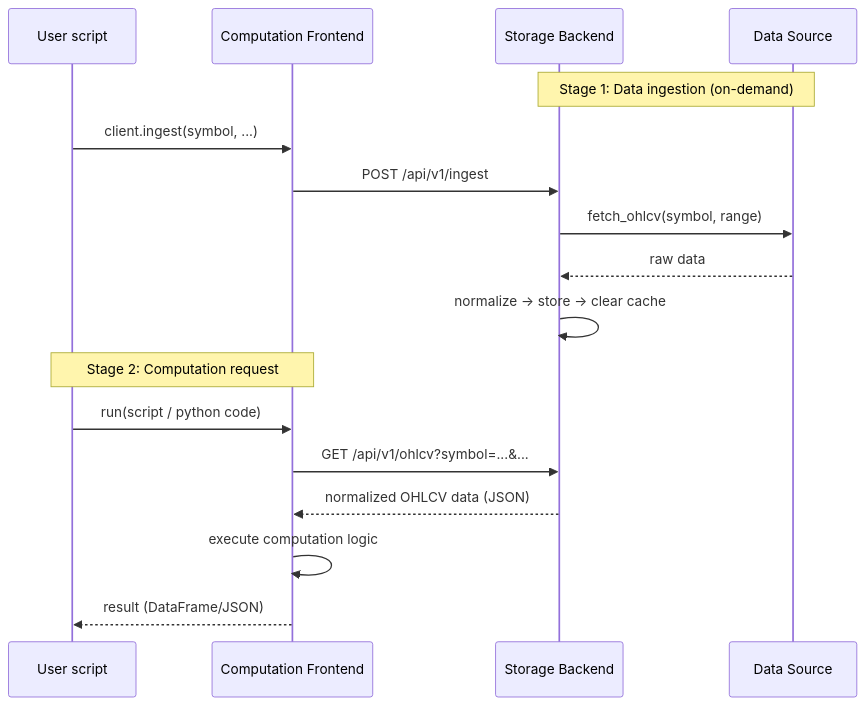
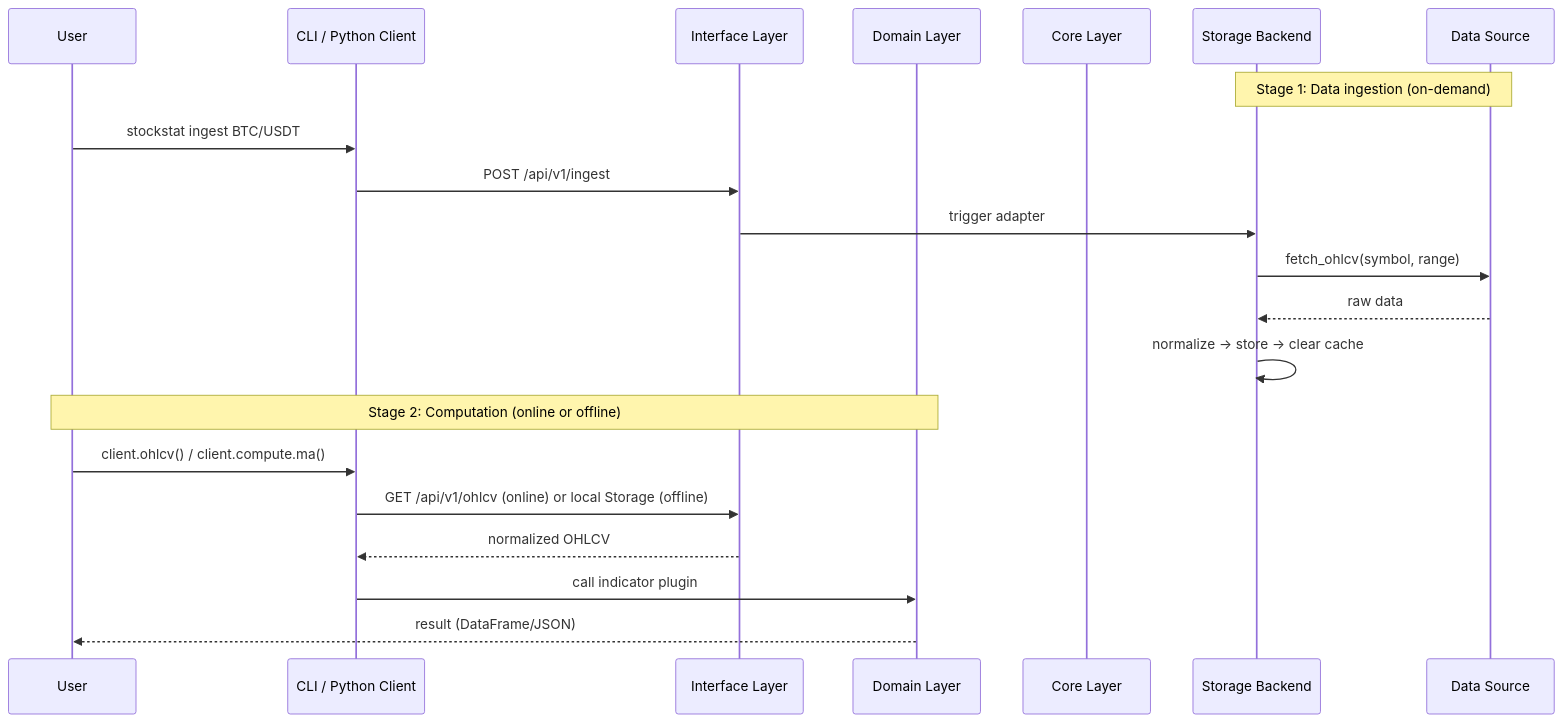
One commit to RESBI/StockStatistic changed the third of 3 diagrams in DESIGN.md. Above: the diagram before and after it, drawn with Mermaid. The commit also changed other lines of this file and 5 other files, not shown here.

First line of the commit message:
Rewrite all docs for v2.0: five-layer architecture, CLI, offline mode, plugins

````diff
--- a/DESIGN.md
+++ b/DESIGN.md
@@ -152,21 +167,25 @@
 ```mermaid
 sequenceDiagram
-    participant User as User script
-    participant FE as Computation Frontend
+    participant User as User
+    participant CLI as CLI / Python Client
+    participant API as Interface Layer
+    participant Domain as Domain Layer
+    participant Core as Core Layer
     participant BE as Storage Backend
     participant Src as Data Source
 
     Note over BE,Src: Stage 1: Data ingestion (on-demand)
-    User->>FE: client.ingest(symbol, ...)
-    FE->>BE: POST /api/v1/ingest
+    User->>CLI: stockstat ingest BTC/USDT
+    CLI->>API: POST /api/v1/ingest
+    API->>BE: trigger adapter
     BE->>Src: fetch_ohlcv(symbol, range)
     Src-->>BE: raw data
     BE->>BE: normalize → store → clear cache
 
-    Note over User,FE: Stage 2: Computation request
-    User->>FE: run(script / python code)
-    FE->>BE: GET /api/v1/ohlcv?symbol=...&...
-    BE-->>FE: normalized OHLCV data (JSON)
-    FE->>FE: execute computation logic
-    FE-->>User: result (DataFrame/JSON)
+    Note over User,Domain: Stage 2: Computation (online or offline)
+    User->>CLI: client.ohlcv() / client.compute.ma()
+    CLI->>API: GET /api/v1/ohlcv (online) or local Storage (offline)
+    API-->>CLI: normalized OHLCV
+    CLI->>Domain: call indicator plugin
+    Domain-->>User: result (DataFrame/JSON)
 ```
````
